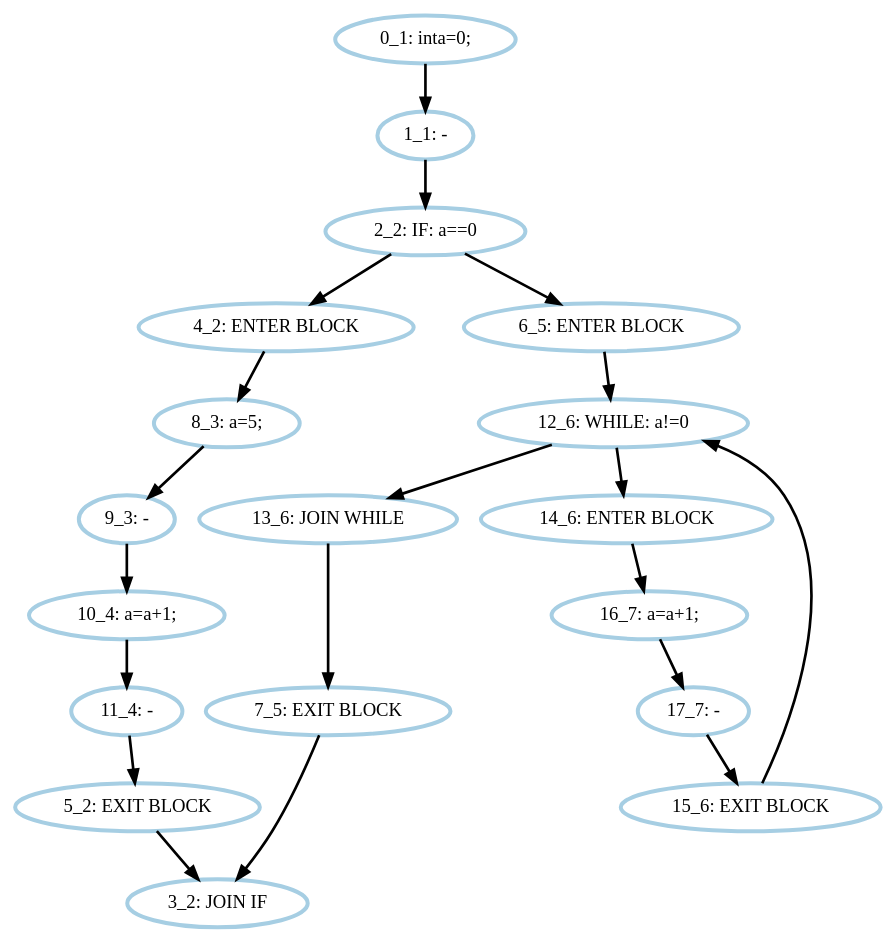
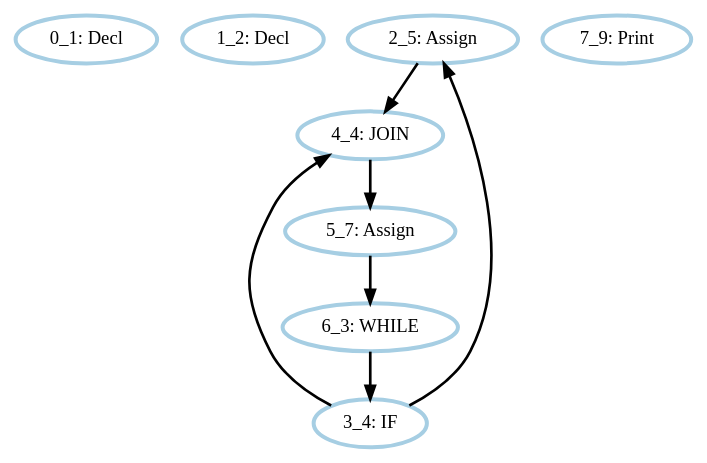
The diagram in src/pp/block4/cc/file.DOT (Charrey/Paradigms), drawn with Graphviz before and after one commit. The commit also changed 8 other files, not shown here.

```diff
--- a/src/pp/block4/cc/file.DOT
+++ b/src/pp/block4/cc/file.DOT
@@ -1,40 +1,17 @@
 digraph G {
-    0 [penwidth=3,label="0_1: inta=0;",color=1, colorscheme=paired12] 
-    1 [penwidth=3,label="1_1: -",color=1, colorscheme=paired12] 
-    2 [penwidth=3,label="2_2: IF: a==0",color=1, colorscheme=paired12] 
-    3 [penwidth=3,label="3_2: JOIN IF",color=1, colorscheme=paired12] 
-    4 [penwidth=3,label="4_2: ENTER BLOCK",color=1, colorscheme=paired12] 
-    5 [penwidth=3,label="5_2: EXIT BLOCK",color=1, colorscheme=paired12] 
-    6 [penwidth=3,label="6_5: ENTER BLOCK",color=1, colorscheme=paired12] 
-    7 [penwidth=3,label="7_5: EXIT BLOCK",color=1, colorscheme=paired12] 
-    8 [penwidth=3,label="8_3: a=5;",color=1, colorscheme=paired12] 
-    9 [penwidth=3,label="9_3: -",color=1, colorscheme=paired12] 
-    10 [penwidth=3,label="10_4: a=a+1;",color=1, colorscheme=paired12] 
-    11 [penwidth=3,label="11_4: -",color=1, colorscheme=paired12] 
-    12 [penwidth=3,label="12_6: WHILE: a!=0",color=1, colorscheme=paired12] 
-    13 [penwidth=3,label="13_6: JOIN WHILE",color=1, colorscheme=paired12] 
-    14 [penwidth=3,label="14_6: ENTER BLOCK",color=1, colorscheme=paired12] 
-    15 [penwidth=3,label="15_6: EXIT BLOCK",color=1, colorscheme=paired12] 
-    16 [penwidth=3,label="16_7: a=a+1;",color=1, colorscheme=paired12] 
-    17 [penwidth=3,label="17_7: -",color=1, colorscheme=paired12] 
+    0 [penwidth=3,label="0_1: Decl",color=1, colorscheme=paired12] 
+    1 [penwidth=3,label="1_2: Decl",color=1, colorscheme=paired12] 
+    2 [penwidth=3,label="2_5: Assign",color=1, colorscheme=paired12] 
+    3 [penwidth=3,label="3_4: IF",color=1, colorscheme=paired12] 
+    4 [penwidth=3,label="4_4: JOIN",color=1, colorscheme=paired12] 
+    5 [penwidth=3,label="5_7: Assign",color=1, colorscheme=paired12] 
+    6 [penwidth=3,label="6_3: WHILE",color=1, colorscheme=paired12] 
+    7 [penwidth=3,label="7_9: Print",color=1, colorscheme=paired12] 
 
-    0->1 [penwidth=2] 
-    1->2 [penwidth=2] 
     2->4 [penwidth=2] 
-    2->6 [penwidth=2] 
-    4->8 [penwidth=2] 
-    5->3 [penwidth=2] 
-    6->12 [penwidth=2] 
-    7->3 [penwidth=2] 
-    8->9 [penwidth=2] 
-    9->10 [penwidth=2] 
-    10->11 [penwidth=2] 
-    11->5 [penwidth=2] 
-    12->14 [penwidth=2] 
-    12->13 [penwidth=2] 
-    13->7 [penwidth=2] 
-    14->16 [penwidth=2] 
-    15->12 [penwidth=2] 
-    16->17 [penwidth=2] 
-    17->15 [penwidth=2] 
+    3->2 [penwidth=2] 
+    3->4 [penwidth=2] 
+    4->5 [penwidth=2] 
+    5->6 [penwidth=2] 
+    6->3 [penwidth=2] 
 }
```
